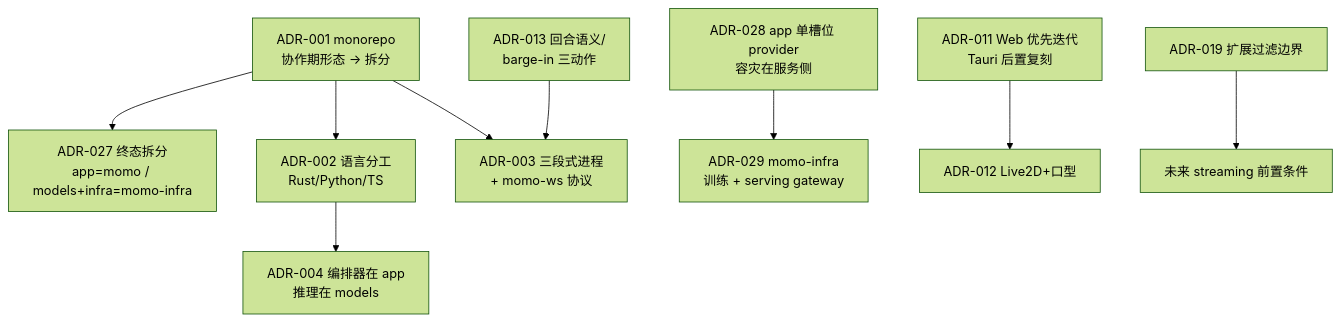
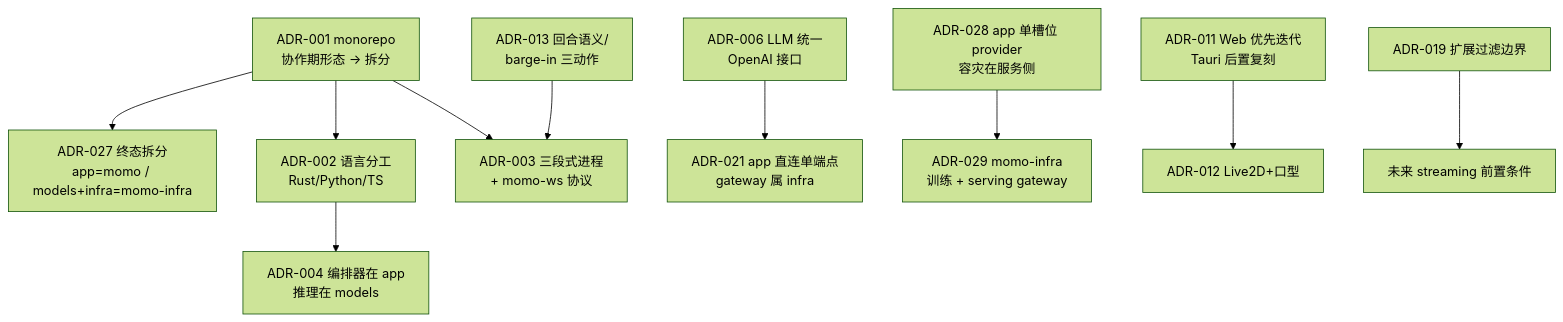
Before and after one commit to Momoyeyu/momo: the diagram in docs/00-context/decisions.md, drawn with Mermaid (forest theme). The commit also changed other lines of this file and 12 other files, not shown here.

Commit message:
docs: site 同步收窄——移除 infra/运维页面与失效链接映射; docs: 收窄 docs 至 app 产品面，infra/训练/部署文档迁往 momo-infra

````diff
--- a/docs/00-context/decisions.md
+++ b/docs/00-context/decisions.md
@@ -6,11 +7,12 @@
 ```mermaid
 flowchart TD
     ADR001["ADR-001 monorepo<br/>协作期形态 → 拆分"] --> ADR027["ADR-027 终态拆分<br/>app=momo / models+infra=momo-infra"]
     ADR001 --> ADR002["ADR-002 语言分工<br/>Rust/Python/TS"]
     ADR001 --> ADR003["ADR-003 三段式进程<br/>+ momo-ws 协议"]
     ADR002 --> ADR004["ADR-004 编排器在 app<br/>推理在 models"]
+    ADR006["ADR-006 LLM 统一<br/>OpenAI 接口"] --> ADR021["ADR-021 app 直连单端点<br/>gateway 属 infra"]
     ADR028["ADR-028 app 单槽位 provider<br/>容灾在服务侧"] --> ADR029["ADR-029 momo-infra<br/>训练 + serving gateway"]
     ADR011["ADR-011 Web 优先迭代<br/>Tauri 后置复刻"] --> ADR012["ADR-012 Live2D+口型"]
     ADR013["ADR-013 回合语义/<br/>barge-in 三动作"] --> ADR003
     ADR019["ADR-019 扩展过滤边界"] --> FUTURE["未来 streaming 前置条件"]
 ```
````
